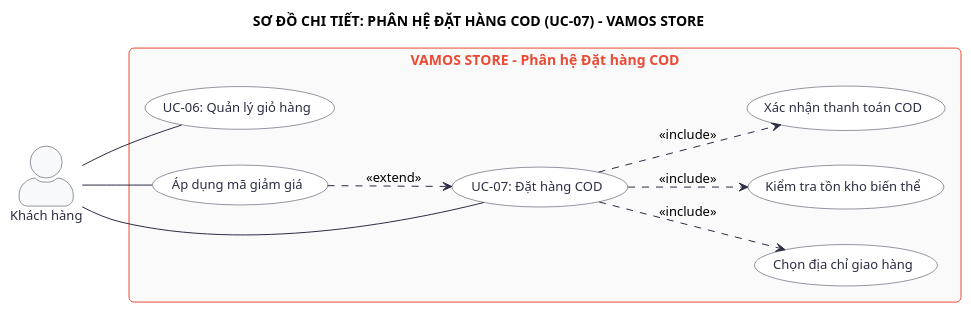
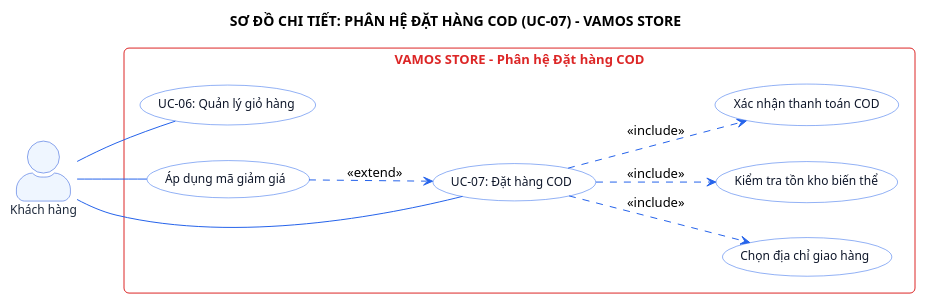
The diagram in labs/Lab 1 - Usecase/uc-01-checkout-detail.puml (dungtttd01702-coder/vamos-store), drawn with PlantUML before and after one commit. The commit also changed 35 other files, not shown here.

Commit message:
feat(diagrams): modernize ERD, Use Case, and Activity diagrams with executive color palette, update print reports, and rebuild lab archives

```diff
--- a/labs/Lab 1 - Usecase/uc-01-checkout-detail.puml
+++ b/labs/Lab 1 - Usecase/uc-01-checkout-detail.puml
@@ -1,58 +1,59 @@
 @startuml uc-01-checkout-detail
 title SƠ ĐỒ CHI TIẾT: PHÂN HỆ ĐẶT HÀNG COD (UC-07) - VAMOS STORE
 left to right direction
 skinparam packageStyle rectangle
 skinparam roundcorner 10
 skinparam actorStyle awesome
 skinparam shadowing false
+skinparam defaultFontName Segoe UI
 
 skinparam usecase {
     BackgroundColor #FFFFFF
-    BorderColor #2B2D42
-    FontColor #2B2D42
-    FontSize 13
-    ArrowColor #2B2D42
+    BorderColor #2563EB
+    FontColor #0F172A
+    FontSize 12
+    ArrowColor #2563EB
 }
 
 skinparam actor {
-    BackgroundColor #F8F9FA
-    BorderColor #2B2D42
-    FontColor #2B2D42
-    FontSize 13
+    BackgroundColor #EFF6FF
+    BorderColor #1D4ED8
+    FontColor #1E293B
+    FontSize 12
 }
 
 skinparam rectangle {
-    BackgroundColor #FAFAFA
-    BorderColor #E94B35
-    FontColor #E94B35
-    FontSize 14
+    BackgroundColor #FFFFFF
+    BorderColor #DC2626
+    FontColor #DC2626
+    FontSize 13
 }
 
 actor "Khách hàng" as Customer
 
 rectangle "VAMOS STORE - Phân hệ Đặt hàng COD" {
     ' Cột chính (Base Use Cases)
     usecase "UC-06: Quản lý giỏ hàng" as UC06
     usecase "UC-07: Đặt hàng COD" as UC07
     usecase "Áp dụng mã giảm giá" as UC_Voucher
     
     ' Cột phụ (Included Use Cases)
     usecase "Chọn địa chỉ giao hàng" as UC_Address
     usecase "Kiểm tra tồn kho biến thể" as UC_StockCheck
     usecase "Xác nhận thanh toán COD" as UC_COD
 }
 
 ' Liên kết Actor với các Use Case chính
 Customer -- UC06
 Customer -- UC07
 Customer -- UC_Voucher
 
 ' Quan hệ <<include>> (Bắt buộc phải chạy qua khi Đặt hàng)
 UC07 ..> UC_Address : "<<include>>"
 UC07 ..> UC_StockCheck : "<<include>>"
 UC07 ..> UC_COD : "<<include>>"
 
 ' Quan hệ <<extend>> (Tùy chọn mở rộng khi khách có mã giảm giá)
 UC_Voucher ..> UC07 : "<<extend>>"
 
 @enduml
```
